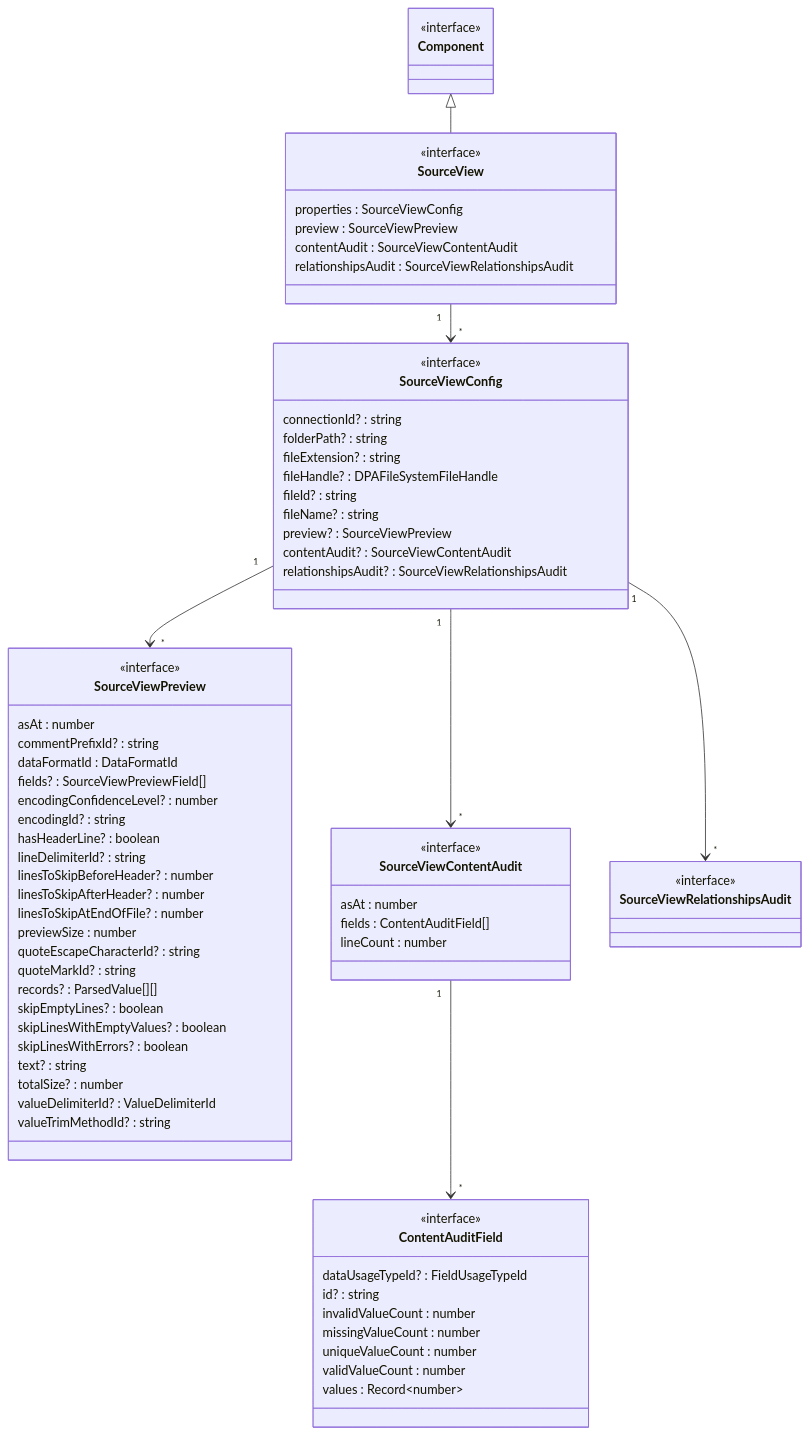
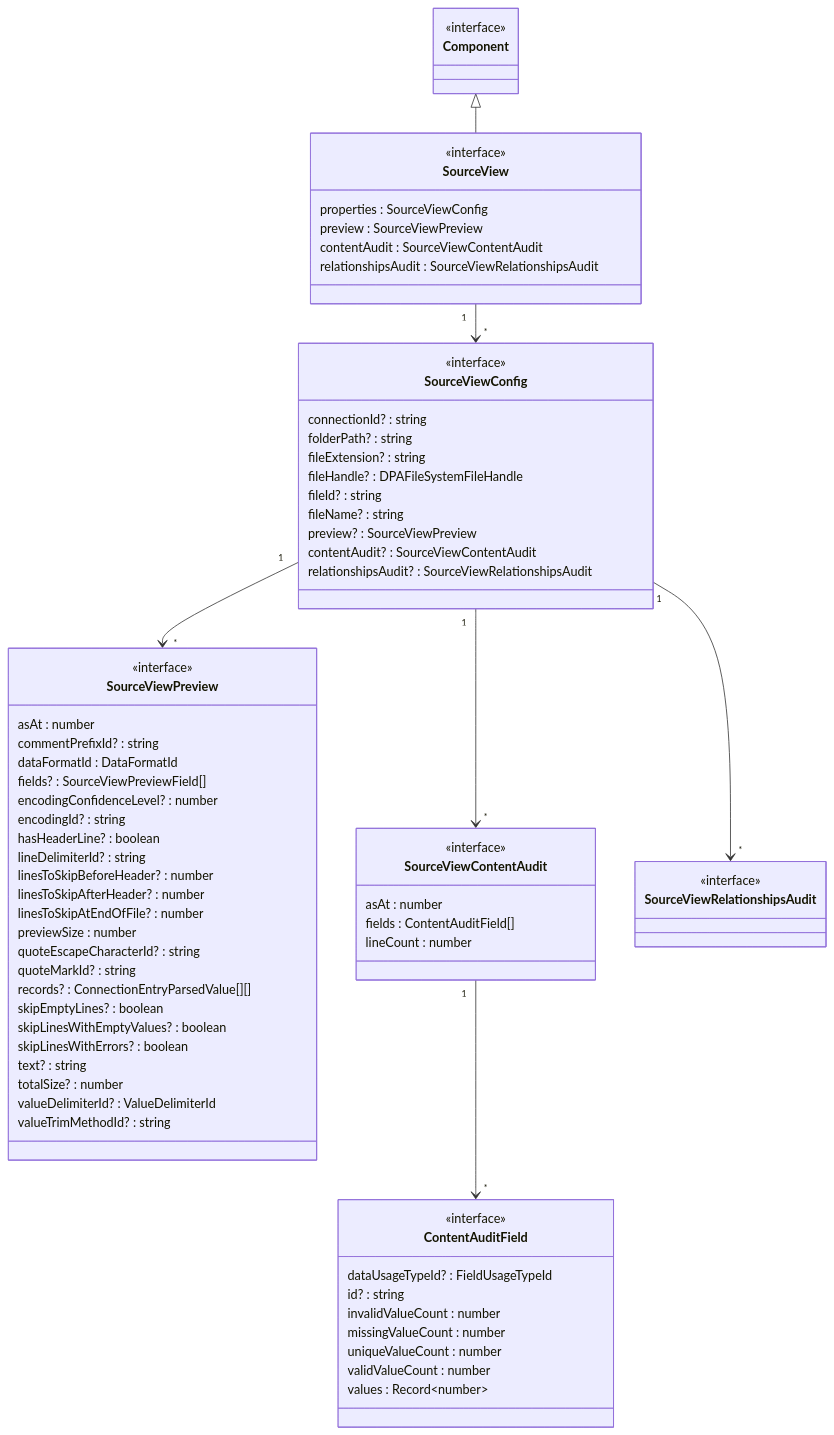
One commit to data-positioning/datapos-shared changed diagram 18 of 22 in README.md. Above: the diagram before and after it, drawn with Mermaid. The commit also changed other lines of this file and 4 other files, not shown here.

```diff
--- a/README.md
+++ b/README.md
@@ -646,7 +646,7 @@
         previewSize : number
         quoteEscapeCharacterId? : string
         quoteMarkId? : string
-        records? : ParsedValue[][]
+        records? : ConnectionEntryParsedValue[][]
         skipEmptyLines? : boolean
         skipLinesWithEmptyValues? : boolean
         skipLinesWithErrors? : boolean
```
